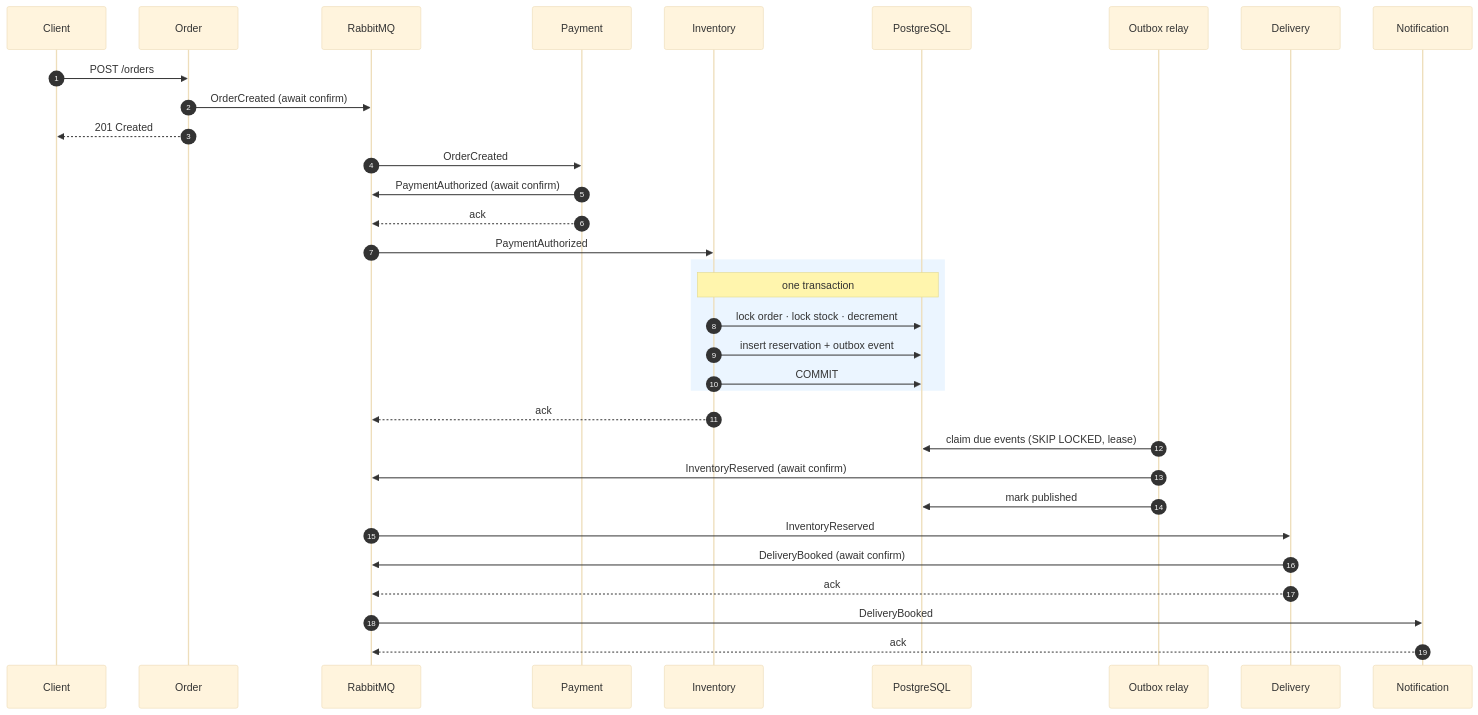
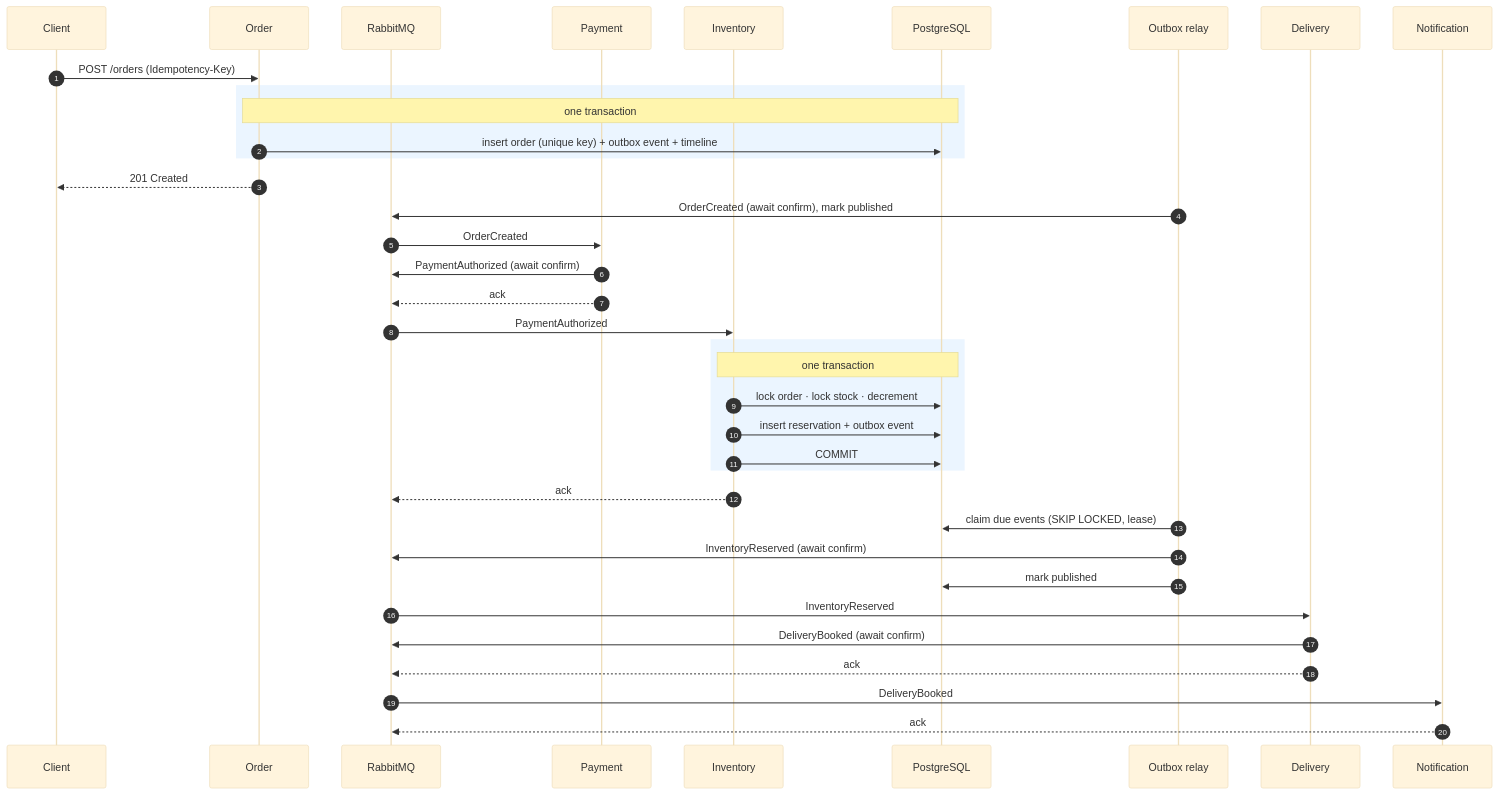
One commit to kris7011/commerce-flow changed the second of 3 diagrams in README.md. Above: the diagram before and after it, drawn with Mermaid (base theme). The commit also changed other lines of this file and 8 other files, not shown here.

First line of the commit message:
docs: document durable orders and the timeline; add a project walkthrough

````diff
--- a/README.md
+++ b/README.md
@@ -117,36 +125,40 @@
 ```mermaid
 sequenceDiagram
     autonumber
     participant C as Client
     participant O as Order
     participant X as RabbitMQ
     participant P as Payment
     participant I as Inventory
     participant DB as PostgreSQL
     participant R as Outbox relay
     participant D as Delivery
     participant N as Notification
 
-    C->>O: POST /orders
-    O->>X: OrderCreated (await confirm)
+    C->>O: POST /orders (Idempotency-Key)
+    rect rgb(235, 245, 255)
+    note over O,DB: one transaction
+    O->>DB: insert order (unique key) + outbox event + timeline
+    end
     O-->>C: 201 Created
+    R->>X: OrderCreated (await confirm), mark published
     X->>P: OrderCreated
     P->>X: PaymentAuthorized (await confirm)
     P-->>X: ack
     X->>I: PaymentAuthorized
     rect rgb(235, 245, 255)
     note over I,DB: one transaction
     I->>DB: lock order · lock stock · decrement
     I->>DB: insert reservation + outbox event
     I->>DB: COMMIT
     end
     I-->>X: ack
     R->>DB: claim due events (SKIP LOCKED, lease)
     R->>X: InventoryReserved (await confirm)
     R->>DB: mark published
     X->>D: InventoryReserved
     D->>X: DeliveryBooked (await confirm)
     D-->>X: ack
     X->>N: DeliveryBooked
     N-->>X: ack
 ```
````
